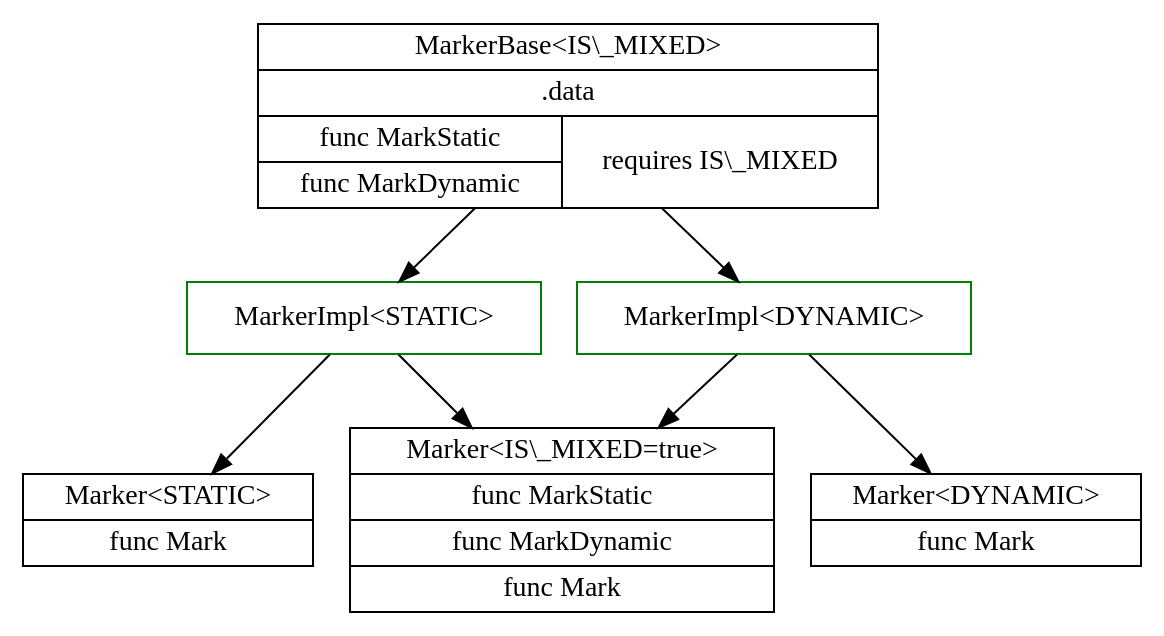
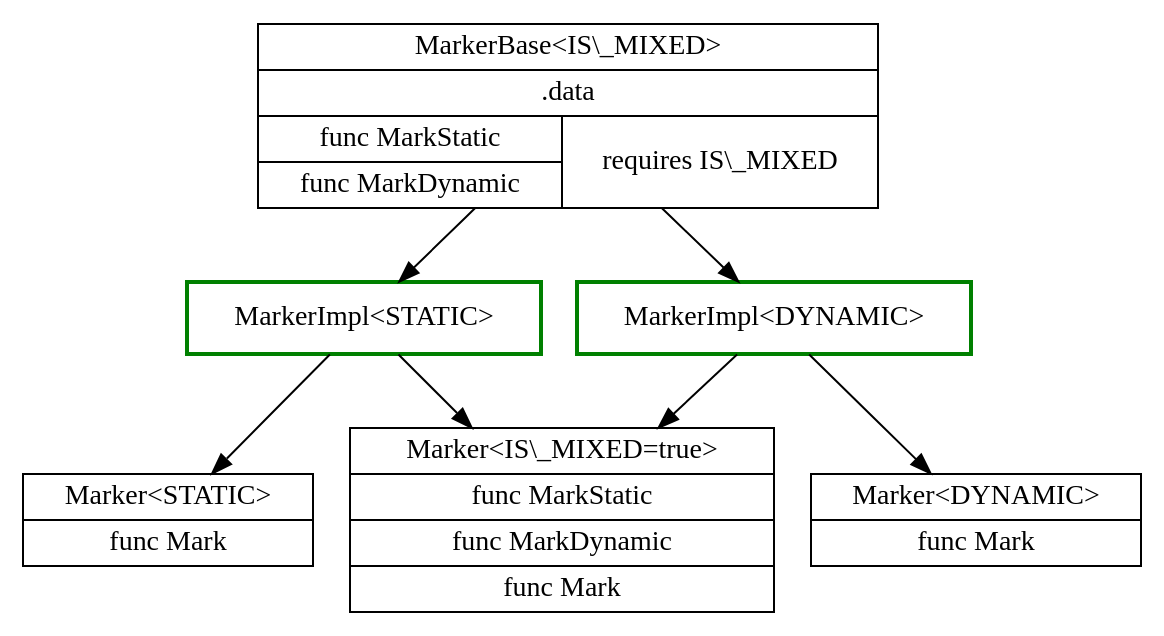
Before and after one commit to kp2pml30/bachelor-thesis: the diagram in res/dot/marker_new.dot, drawn with Graphviz. The commit also changed 5 other files, not shown here.

```diff
--- a/res/dot/marker_new.dot
+++ b/res/dot/marker_new.dot
@@ -1,15 +1,15 @@
 digraph G {
 	node [shape="record"];
 	base [label="{MarkerBase&lt;IS\\_MIXED&gt;|.data|{{func MarkStatic|func MarkDynamic}|requires IS\\_MIXED}}"];
-	markers [label="MarkerImpl&lt;STATIC&gt;", color=green];
-	markerd [label="MarkerImpl&lt;DYNAMIC&gt;", color=green];
+	markers [label="MarkerImpl&lt;STATIC&gt;", color=green, penwidth=2];
+	markerd [label="MarkerImpl&lt;DYNAMIC&gt;", color=green, penwidth=2];
 	markerm [label="{Marker&lt;IS\\_MIXED=true&gt;|func MarkStatic|func MarkDynamic|func Mark}"];
 	base -> markers;
 	base -> markerd;
 	markers -> markerm;
 	markerd -> markerm;
 	markerms [label="{Marker&lt;STATIC&gt;|func Mark}"];
 	markermd [label="{Marker&lt;DYNAMIC&gt;|func Mark}"];
 	markers -> markerms;
 	markerd -> markermd;
 }
```
